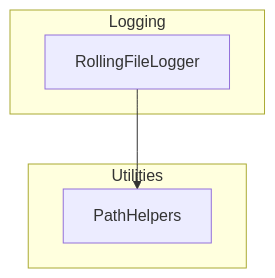
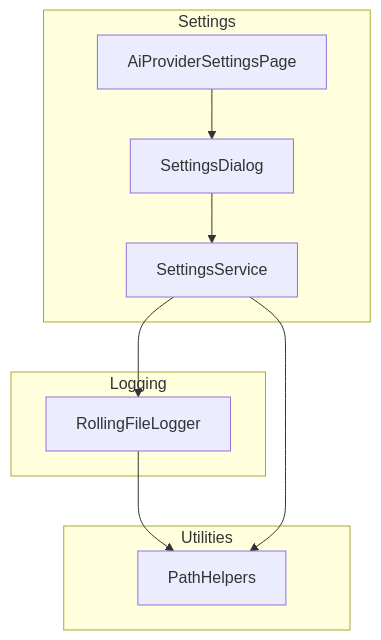
One commit to demaconsulting/CanvasPilot changed the diagram in docs/design/canvas-pilot.md. Above: the diagram before and after it, drawn with Mermaid. The commit also changed other lines of this file and 47 other files, not shown here.

````diff
--- a/docs/design/canvas-pilot.md
+++ b/docs/design/canvas-pilot.md
@@ -12,10 +12,19 @@
 ```mermaid
 flowchart TD
     subgraph Logging
         RollingFileLogger
     end
+    subgraph Settings
+        SettingsService
+        SettingsDialog
+        AiProviderSettingsPage
+    end
     subgraph Utilities
         PathHelpers
     end
     RollingFileLogger --> PathHelpers
+    SettingsService --> PathHelpers
+    SettingsService --> RollingFileLogger
+    SettingsDialog --> SettingsService
+    AiProviderSettingsPage --> SettingsDialog
 ```
````
